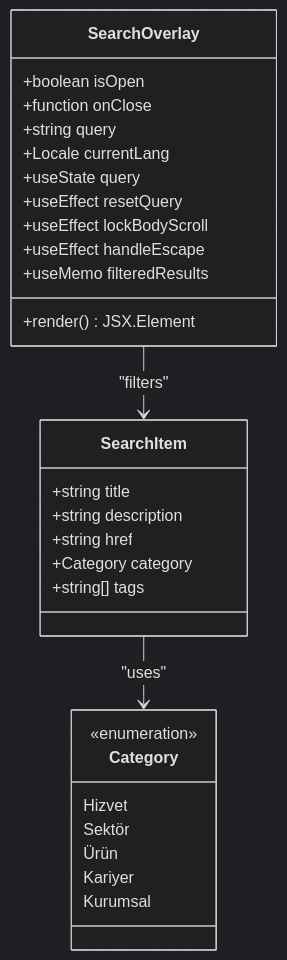
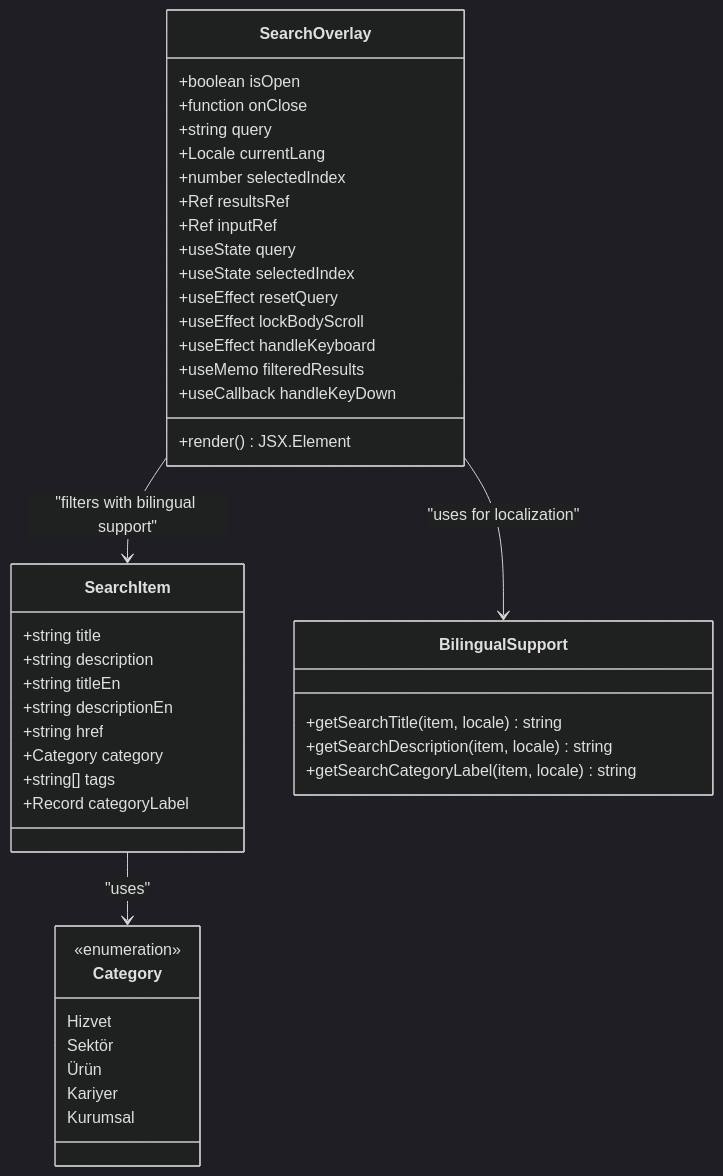
The second of 10 diagrams in .qoder/repowiki/en/content/Layout & Navigation/Search Overlay System.md (erdemerciyas/bgts), drawn with Mermaid (dark theme) before and after one commit. The commit also changed other lines of this file and 21 other files, not shown here.

````diff
--- a/.qoder/repowiki/en/content/Layout & Navigation/Search Overlay System.md
+++ b/.qoder/repowiki/en/content/Layout & Navigation/Search Overlay System.md
@@ -90,32 +114,46 @@
 ```mermaid
 classDiagram
 class SearchOverlay {
 +boolean isOpen
 +function onClose
 +string query
 +Locale currentLang
++number selectedIndex
++Ref resultsRef
++Ref inputRef
 +useState query
++useState selectedIndex
 +useEffect resetQuery
 +useEffect lockBodyScroll
-+useEffect handleEscape
++useEffect handleKeyboard
 +useMemo filteredResults
++useCallback handleKeyDown
 +render() JSX.Element
 }
 class SearchItem {
 +string title
 +string description
++string titleEn
++string descriptionEn
 +string href
 +Category category
 +string[] tags
++Record categoryLabel
+}
+class BilingualSupport {
++getSearchTitle(item, locale) string
++getSearchDescription(item, locale) string
++getSearchCategoryLabel(item, locale) string
 }
 class Category {
 <<enumeration>>
 Hizvet
 Sektör
 Ürün
 Kariyer
 Kurumsal
 }
-SearchOverlay --> SearchItem : "filters"
+SearchOverlay --> SearchItem : "filters with bilingual support"
+SearchOverlay --> BilingualSupport : "uses for localization"
 SearchItem --> Category : "uses"
 ```
````
